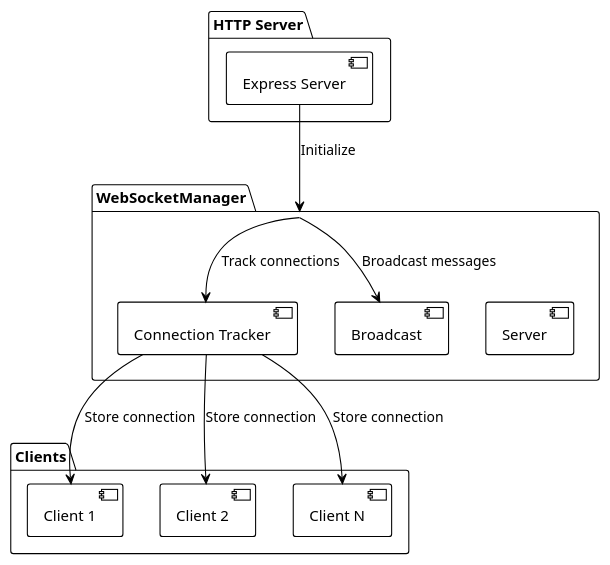
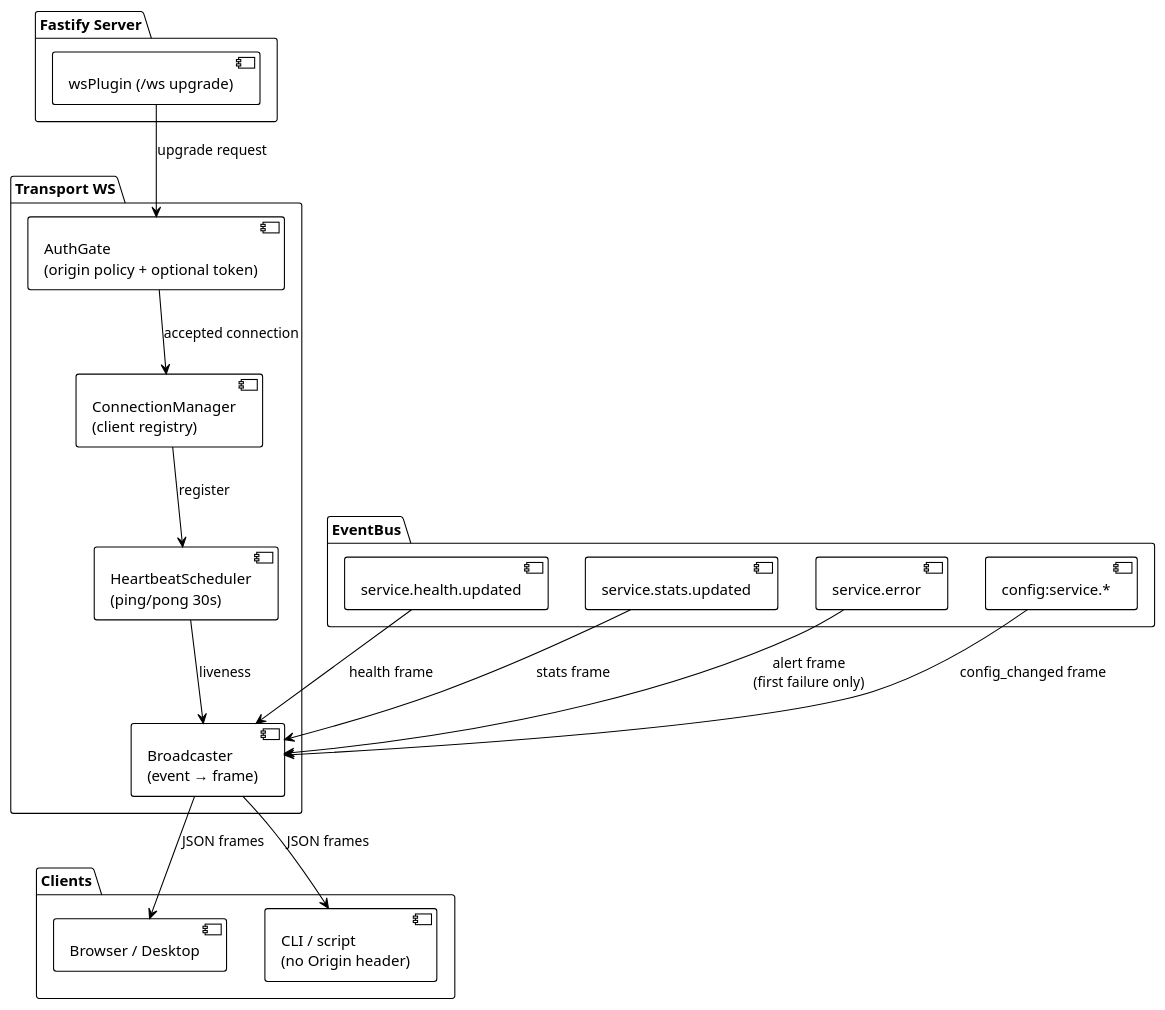
Before and after one commit to EraPartner/Watchman: the first of 3 diagrams in docs/features/real-time-updates.md, drawn with PlantUML. The commit also changed other lines of this file and 26 other files, not shown here.

````diff
--- a/docs/features/real-time-updates.md
+++ b/docs/features/real-time-updates.md
@@ -126,29 +141,41 @@
 ```plantuml
 @startuml
 !theme plain
 
-package "HTTP Server" as HTTPServer {
-    [Express Server] as Express
+package "Fastify Server" as HTTPServer {
+    [wsPlugin (/ws upgrade)] as WsPlugin
 }
 
-package "WebSocketManager" as WSMgr {
-    [Server] as WS
-    [Connection Tracker] as Tracker
-    [Broadcast] as Broadcast
+package "Transport WS" as WSLayer {
+    [AuthGate\n(origin policy + optional token)] as Gate
+    [ConnectionManager\n(client registry)] as Tracker
+    [HeartbeatScheduler\n(ping/pong 30s)] as HB
+    [Broadcaster\n(event → frame)] as Broadcast
+}
+
+package "EventBus" as Bus {
+    [service.health.updated] as HE
+    [service.stats.updated] as SE
+    [service.error] as ERR
+    [config:service.*] as CFG
 }
 
 package "Clients" {
-    [Client 1] as C1
-    [Client 2] as C2
-    [Client N] as Cn
+    [Browser / Desktop] as C1
+    [CLI / script\n(no Origin header)] as C2
 }
 
-Express --> WSMgr : Initialize
-WSMgr --> Tracker : Track connections
-WSMgr --> Broadcast : Broadcast messages
+WsPlugin --> Gate : upgrade request
+Gate --> Tracker : accepted connection
+Tracker --> HB : register
+HB --> Broadcast : liveness
 
-Tracker --> C1 : Store connection
-Tracker --> C2 : Store connection
-Tracker --> Cn : Store connection
+HE --> Broadcast : health frame
+SE --> Broadcast : stats frame
+ERR --> Broadcast : alert frame\n(first failure only)
+CFG --> Broadcast : config_changed frame
+
+Broadcast --> C1 : JSON frames
+Broadcast --> C2 : JSON frames
 @enduml
 ```
````
